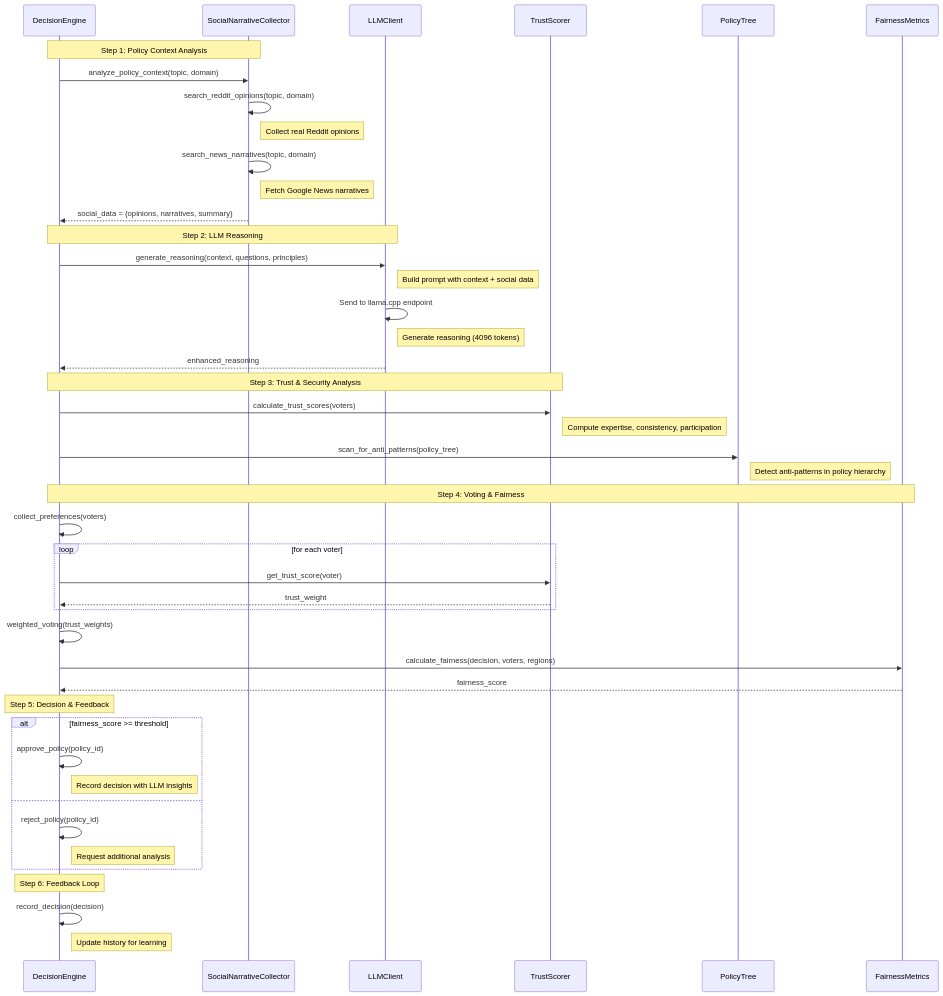
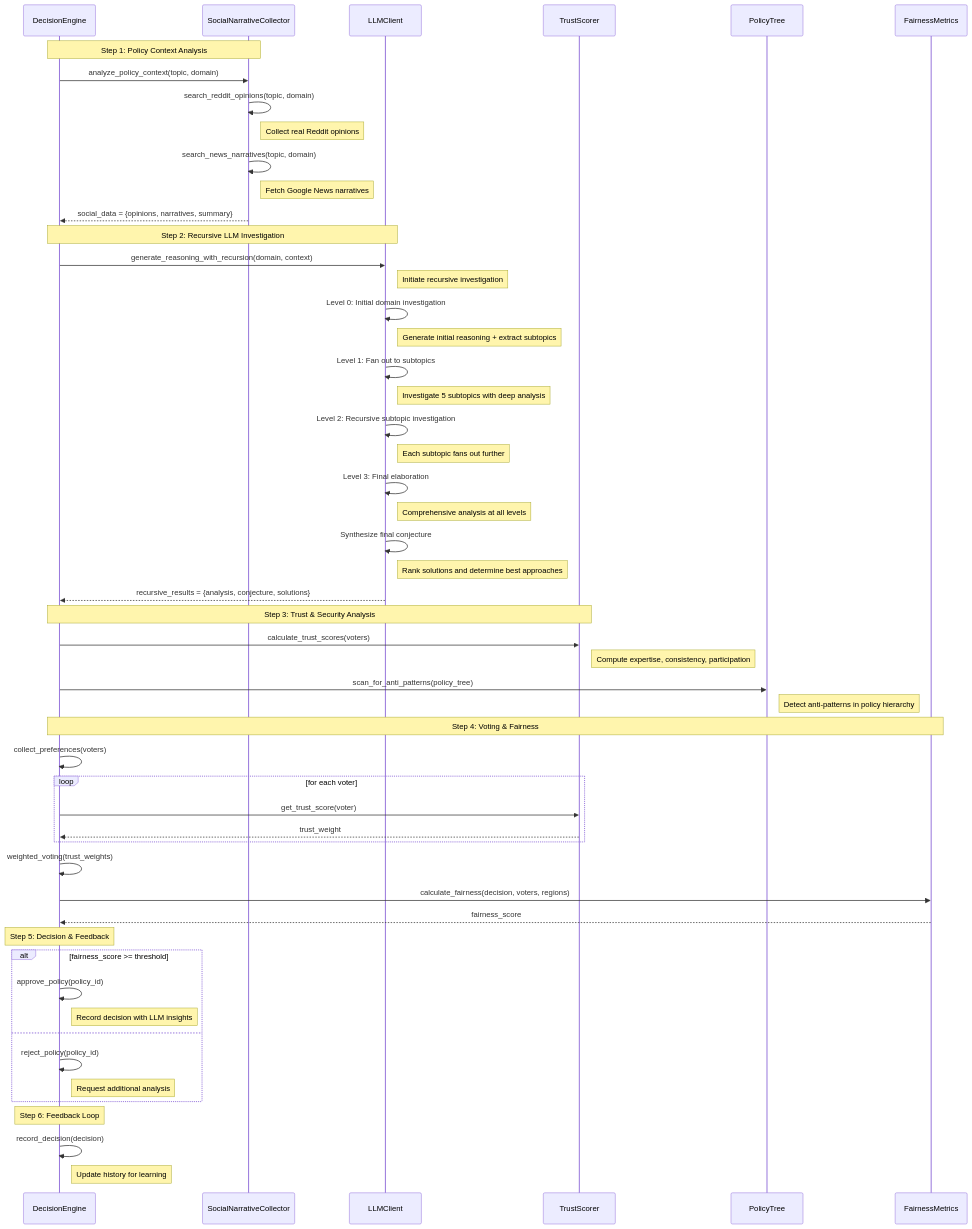
Before and after one commit to paulpas/democratic_machine_learning: the first of 8 diagrams in ARCHITECTURE.md, drawn with Mermaid. The commit also changed other lines of this file and 26 other files, not shown here.

````diff
--- a/ARCHITECTURE.md
+++ b/ARCHITECTURE.md
@@ -253,53 +253,61 @@
 ```mermaid
 sequenceDiagram
     participant DE as DecisionEngine
     participant SNC as SocialNarrativeCollector
     participant LLM as LLMClient
     participant TS as TrustScorer
     participant PM as PolicyTree
     participant FM as FairnessMetrics
 
     Note over DE,SNC: Step 1: Policy Context Analysis
     DE->>SNC: analyze_policy_context(topic, domain)
     SNC->>SNC: search_reddit_opinions(topic, domain)
     Note right of SNC: Collect real Reddit opinions
     SNC->>SNC: search_news_narratives(topic, domain)
     Note right of SNC: Fetch Google News narratives
     SNC-->>DE: social_data = {opinions, narratives, summary}
 
-    Note over DE,LLM: Step 2: LLM Reasoning
-    DE->>LLM: generate_reasoning(context, questions, principles)
-    Note right of LLM: Build prompt with context + social data
-    LLM->>LLM: Send to llama.cpp endpoint
-    Note right of LLM: Generate reasoning (4096 tokens)
-    LLM-->>DE: enhanced_reasoning
+    Note over DE,LLM: Step 2: Recursive LLM Investigation
+    DE->>LLM: generate_reasoning_with_recursion(domain, context)
+    Note right of LLM: Initiate recursive investigation
+    LLM->>LLM: Level 0: Initial domain investigation
+    Note right of LLM: Generate initial reasoning + extract subtopics
+    LLM->>LLM: Level 1: Fan out to subtopics
+    Note right of LLM: Investigate 5 subtopics with deep analysis
+    LLM->>LLM: Level 2: Recursive subtopic investigation
+    Note right of LLM: Each subtopic fans out further
+    LLM->>LLM: Level 3: Final elaboration
+    Note right of LLM: Comprehensive analysis at all levels
+    LLM->>LLM: Synthesize final conjecture
+    Note right of LLM: Rank solutions and determine best approaches
+    LLM-->>DE: recursive_results = {analysis, conjecture, solutions}
 
     Note over DE,TS: Step 3: Trust & Security Analysis
     DE->>TS: calculate_trust_scores(voters)
     Note right of TS: Compute expertise, consistency, participation
     DE->>PM: scan_for_anti_patterns(policy_tree)
     Note right of PM: Detect anti-patterns in policy hierarchy
 
     Note over DE,FM: Step 4: Voting & Fairness
     DE->>DE: collect_preferences(voters)
     loop for each voter
         DE->>TS: get_trust_score(voter)
         TS-->>DE: trust_weight
     end
     DE->>DE: weighted_voting(trust_weights)
     DE->>FM: calculate_fairness(decision, voters, regions)
     FM-->>DE: fairness_score
 
     Note over DE: Step 5: Decision & Feedback
     alt fairness_score >= threshold
         DE->>DE: approve_policy(policy_id)
         Note right of DE: Record decision with LLM insights
     else
         DE->>DE: reject_policy(policy_id)
         Note right of DE: Request additional analysis
     end
 
     Note over DE: Step 6: Feedback Loop
     DE->>DE: record_decision(decision)
     Note right of DE: Update history for learning
 ```
````
